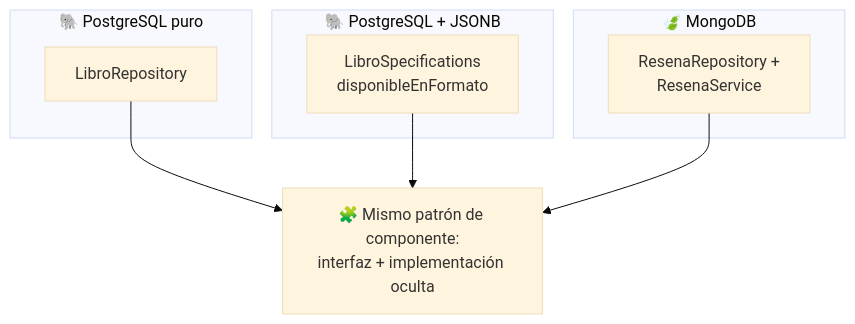
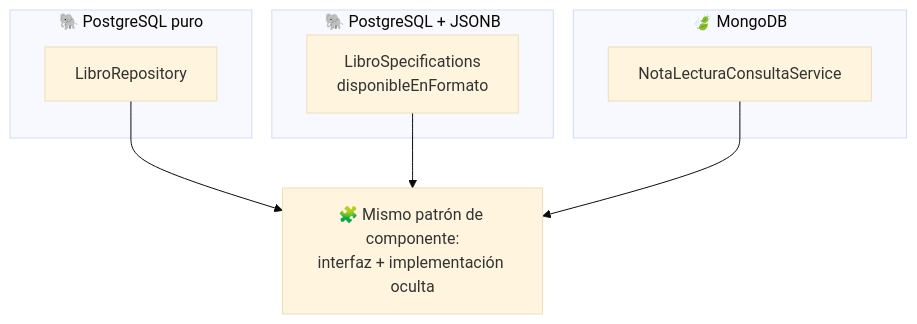
The diagram in docs/tema4/componentes-bd-objeto-doc.md (aitorventura/acceso-a-datos), drawn with Mermaid (base theme) before and after one commit. The commit also changed other lines of this file and 10 other files, not shown here.

````diff
--- a/docs/tema4/componentes-bd-objeto-doc.md
+++ b/docs/tema4/componentes-bd-objeto-doc.md
@@ -39,15 +55,15 @@
 ```mermaid
 flowchart TB
     subgraph JPA["🐘 PostgreSQL puro"]
         A["LibroRepository"]
     end
     subgraph JSONB["🐘 PostgreSQL + JSONB"]
         B["LibroSpecifications<br/>disponibleEnFormato"]
     end
     subgraph MONGO["🍃 MongoDB"]
-        C["ResenaRepository +<br/>ResenaService"]
+        C["NotaLecturaConsultaService"]
     end
     A --> D["🧩 Mismo patrón de componente:<br/>interfaz + implementación oculta"]
     B --> D
     C --> D
 ```
````
